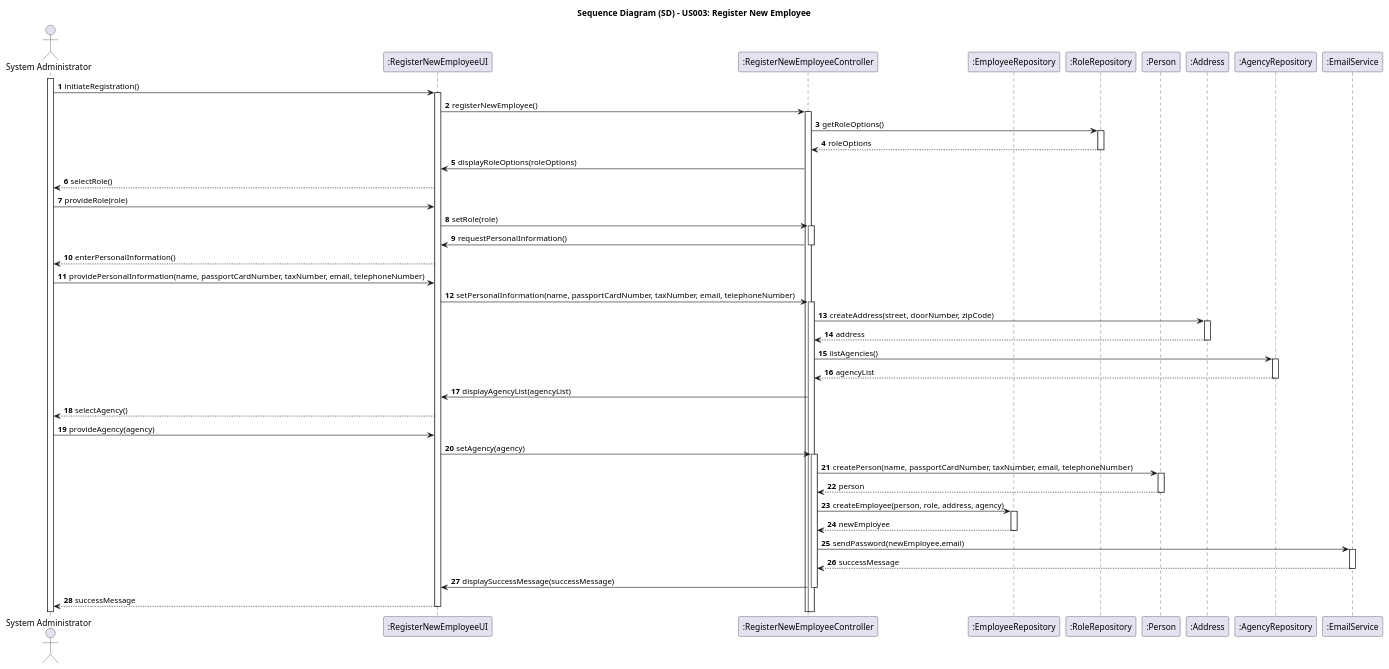
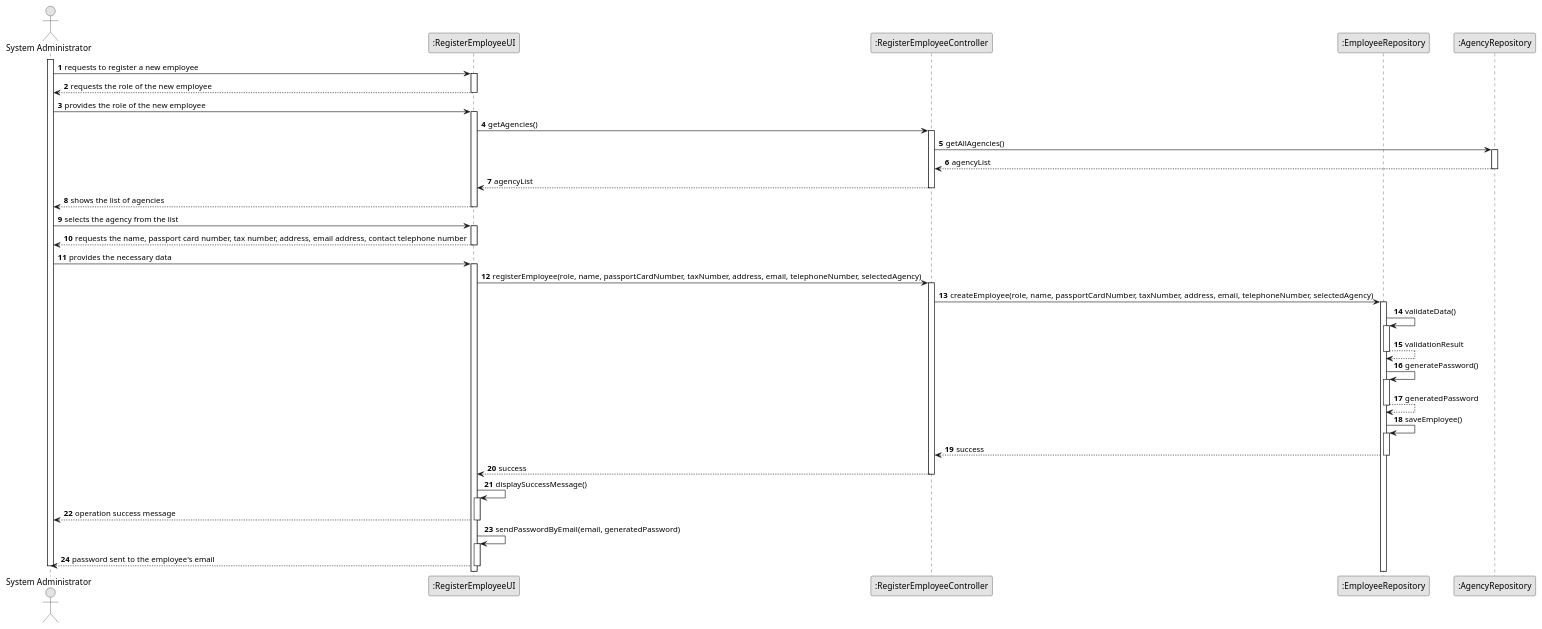
The diagram in docs/sprintB/us003/03.design/puml/us003-sequence-diagram-full.puml (Goncalves2525/real-estate-management-system), drawn with PlantUML before and after one commit. The commit also changed 32 other files, not shown here.

```diff
--- a/docs/sprintB/us003/03.design/puml/us003-sequence-diagram-full.puml
+++ b/docs/sprintB/us003/03.design/puml/us003-sequence-diagram-full.puml
@@ -1,84 +1,90 @@
 @startuml
-skinparam monochrome false
+skinparam monochrome true
 skinparam packageStyle rectangle
 skinparam shadowing false
 
-title Sequence Diagram (SD) - US003: Register New Employee
-
-actor "System Administrator" as Admin
-participant ":RegisterNewEmployeeUI" as UI
-participant ":RegisterNewEmployeeController" as CTRL
-participant ":EmployeeRepository" as EmployeeRepo
-participant ":RoleRepository" as RoleRepo
-participant ":Person" as Person
-participant ":Address" as Address
-participant ":AgencyRepository" as AgencyRepo
-participant ":EmailService" as Email
-
 autonumber
 
-activate Admin
-Admin -> UI : initiateRegistration()
+actor "System Administrator" as sysAdmin
+participant ":RegisterEmployeeUI" as UI
+participant ":RegisterEmployeeController" as CTRL
+participant ":EmployeeRepository" as EmployeeRepo
+participant ":AgencyRepository" as AgencyRepo
+
+activate sysAdmin
+
+sysAdmin -> UI : requests to register a new employee
 activate UI
 
-UI -> CTRL : registerNewEmployee()
+UI --> sysAdmin : requests the role of the new employee
+deactivate UI
+
+sysAdmin -> UI : provides the role of the new employee
+activate UI
+
+UI -> CTRL : getAgencies()
 activate CTRL
 
-CTRL -> RoleRepo : getRoleOptions()
-activate RoleRepo
-RoleRepo --> CTRL : roleOptions
-deactivate RoleRepo
+CTRL -> AgencyRepo : getAllAgencies()
+activate AgencyRepo
 
-CTRL -> UI : displayRoleOptions(roleOptions)
-UI --> Admin : selectRole()
-Admin -> UI : provideRole(role)
-
-UI -> CTRL : setRole(role)
-activate CTRL
-
-CTRL -> UI : requestPersonalInformation()
-deactivate CTRL
-UI --> Admin : enterPersonalInformation()
-Admin -> UI : providePersonalInformation(name, passportCardNumber, taxNumber, email, telephoneNumber)
-
-UI -> CTRL : setPersonalInformation(name, passportCardNumber, taxNumber, email, telephoneNumber)
-activate CTRL
-
-CTRL -> Address : createAddress(street, doorNumber, zipCode)
-activate Address
-Address --> CTRL : address
-deactivate Address
-
-CTRL -> AgencyRepo : listAgencies()
-activate AgencyRepo
 AgencyRepo --> CTRL : agencyList
 deactivate AgencyRepo
 
-CTRL -> UI : displayAgencyList(agencyList)
-UI --> Admin : selectAgency()
-Admin -> UI : provideAgency(agency)
+CTRL --> UI : agencyList
+deactivate CTRL
 
-UI -> CTRL : setAgency(agency)
+UI --> sysAdmin : shows the list of agencies
+deactivate UI
+
+sysAdmin -> UI : selects the agency from the list
+activate UI
+
+UI --> sysAdmin : requests the name, passport card number, tax number, address, email address, contact telephone number
+deactivate UI
+
+sysAdmin -> UI : provides the necessary data
+activate UI
+
+UI -> CTRL : registerEmployee(role, name, passportCardNumber, taxNumber, address, email, telephoneNumber, selectedAgency)
 activate CTRL
 
-CTRL -> Person : createPerson(name, passportCardNumber, taxNumber, email, telephoneNumber)
-activate Person
-Person --> CTRL : person
-deactivate Person
+CTRL -> EmployeeRepo : createEmployee(role, name, passportCardNumber, taxNumber, address, email, telephoneNumber, selectedAgency)
+activate EmployeeRepo
 
-CTRL -> EmployeeRepo : createEmployee(person, role, address, agency)
+EmployeeRepo -> EmployeeRepo : validateData()
 activate EmployeeRepo
-EmployeeRepo --> CTRL : newEmployee
+
+EmployeeRepo --> EmployeeRepo : validationResult
 deactivate EmployeeRepo
 
-CTRL -> Email : sendPassword(newEmployee.email)
-activate Email
-Email --> CTRL : successMessage
-deactivate Email
+EmployeeRepo -> EmployeeRepo : generatePassword()
+activate EmployeeRepo
 
-CTRL -> UI : displaySuccessMessage(successMessage)
+EmployeeRepo --> EmployeeRepo : generatedPassword
+deactivate EmployeeRepo
+
+EmployeeRepo -> EmployeeRepo : saveEmployee()
+activate EmployeeRepo
+
+EmployeeRepo --> CTRL : success
+deactivate EmployeeRepo
+
+CTRL --> UI : success
 deactivate CTRL
-UI --> Admin : successMessage
+
+UI -> UI : displaySuccessMessage()
+activate UI
+
+UI --> sysAdmin : operation success message
 deactivate UI
 
+UI -> UI : sendPasswordByEmail(email, generatedPassword)
+activate UI
+
+UI --> sysAdmin : password sent to the employee's email
+deactivate UI
+
+deactivate sysAdmin
+
 @enduml
```
